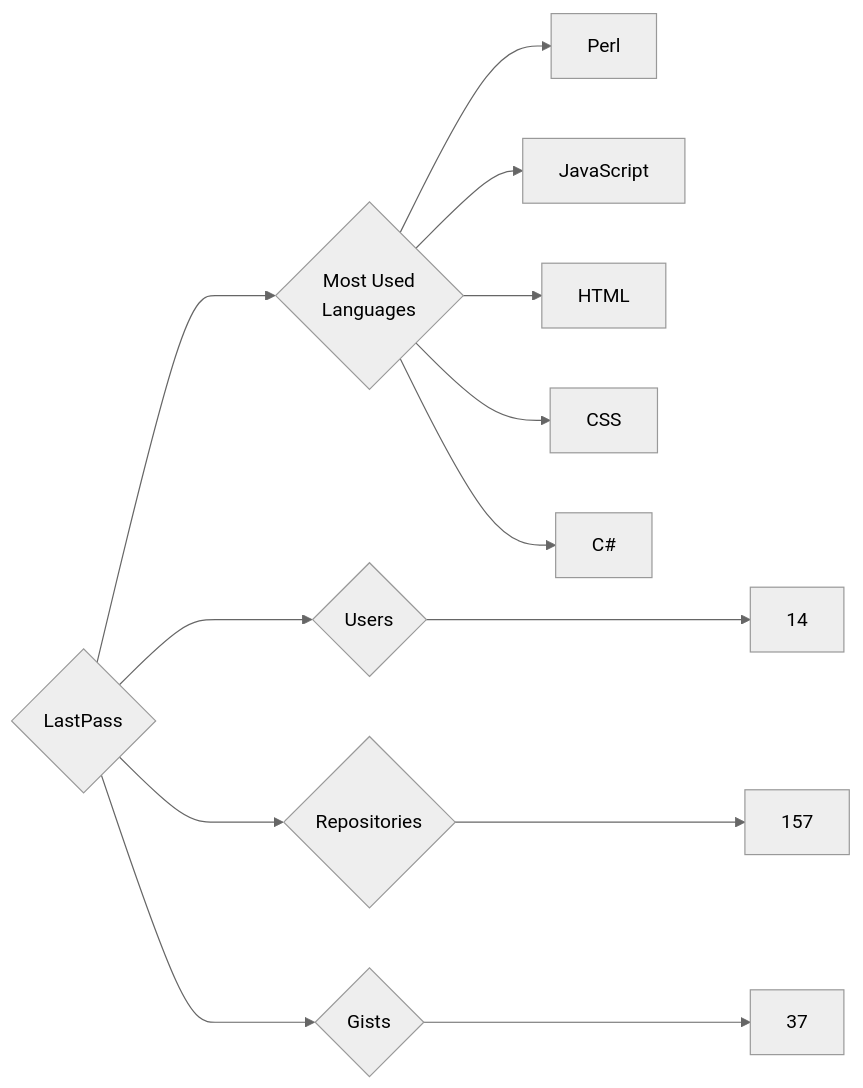
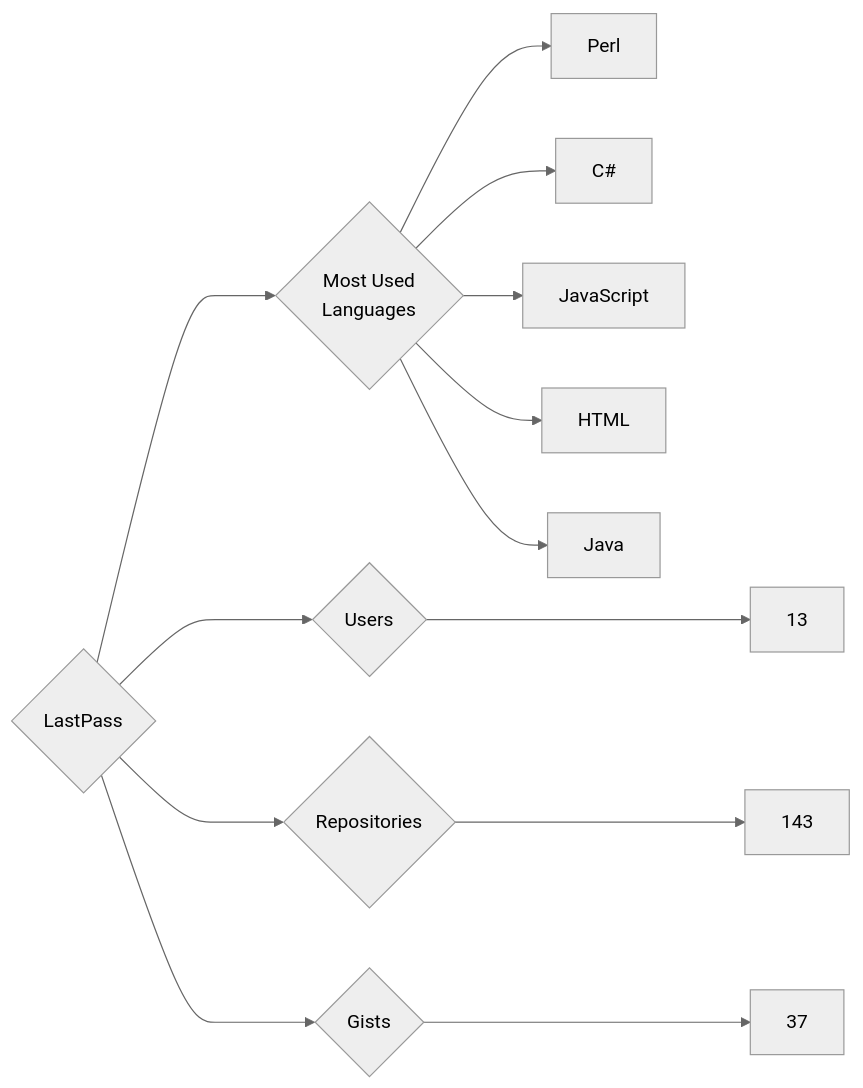
The diagram in targets/LastPass/README.md (trickest/insiders), drawn with Mermaid (neutral theme) before and after one commit. The commit also changed 888 other files, not shown here.

````diff
--- a/targets/LastPass/README.md
+++ b/targets/LastPass/README.md
@@ -3,13 +3,13 @@
 ```mermaid
 graph LR
 COMPANY_NAME{LastPass}
-COMPANY_NAME ---> U{Users} ---> UN[14]
-COMPANY_NAME ---> R{Repositories} ---> RN[157]
+COMPANY_NAME ---> U{Users} ---> UN[13]
+COMPANY_NAME ---> R{Repositories} ---> RN[143]
 COMPANY_NAME ---> G{Gists} ---> GN[37]
 COMPANY_NAME ---> ML{Most Used<br>Languages}
 ML --> Perl[Perl]
+ML --> C#[C#]
 ML --> JavaScript[JavaScript]
 ML --> HTML[HTML]
-ML --> CSS[CSS]
-ML --> C#[C#]
+ML --> Java[Java]
 ```
````
